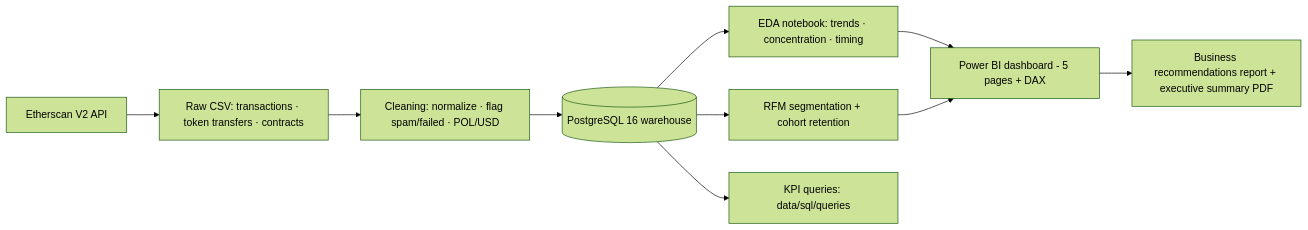
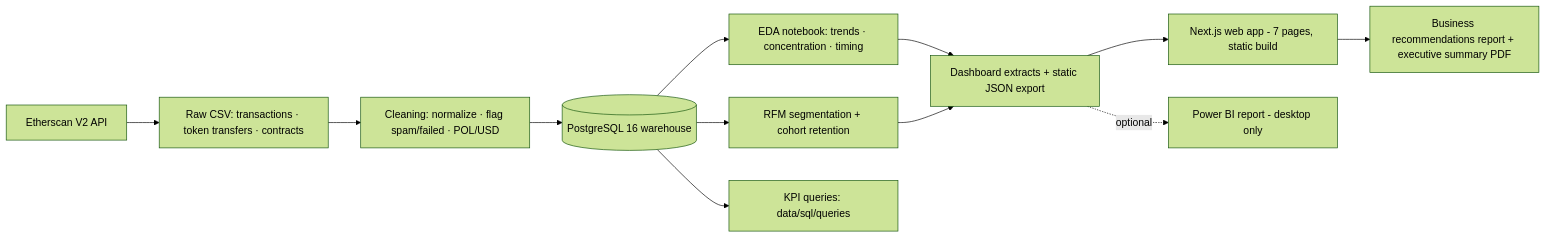
The diagram in README.md (rutujkale/blockchain-business-intelligence), drawn with Mermaid (forest theme) before and after one commit. The commit also changed other lines of this file and 47 other files, not shown here.

First line of the commit message:
Part 9: Next.js web app (primary deliverable)

````diff
--- a/README.md
+++ b/README.md
@@ -58,12 +86,14 @@
 ```mermaid
 flowchart LR
     A[Etherscan V2 API] --> B[Raw CSV: transactions · token transfers · contracts]
     B --> C[Cleaning: normalize · flag spam/failed · POL/USD]
     C --> D[(PostgreSQL 16 warehouse)]
     D --> E[EDA notebook: trends · concentration · timing]
     D --> F[RFM segmentation + cohort retention]
-    E --> G[Power BI dashboard - 5 pages + DAX]
+    E --> G[Dashboard extracts + static JSON export]
     F --> G
-    G --> H[Business recommendations report + executive summary PDF]
-    D --> I[KPI queries: data/sql/queries]
+    G --> H[Next.js web app - 7 pages, static build]
+    G -.optional.-> I[Power BI report - desktop only]
+    D --> J[KPI queries: data/sql/queries]
+    H --> K[Business recommendations report + executive summary PDF]
 ```
````
